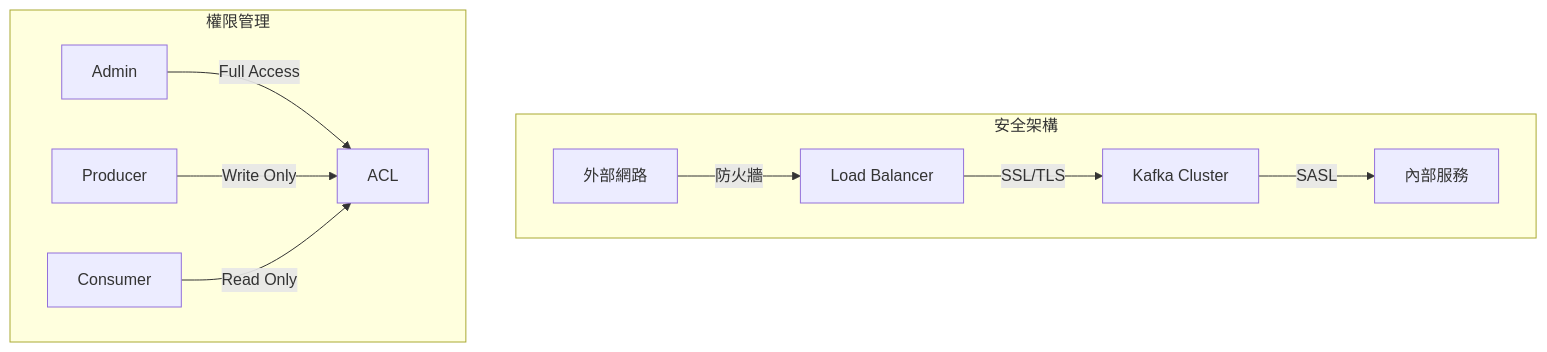
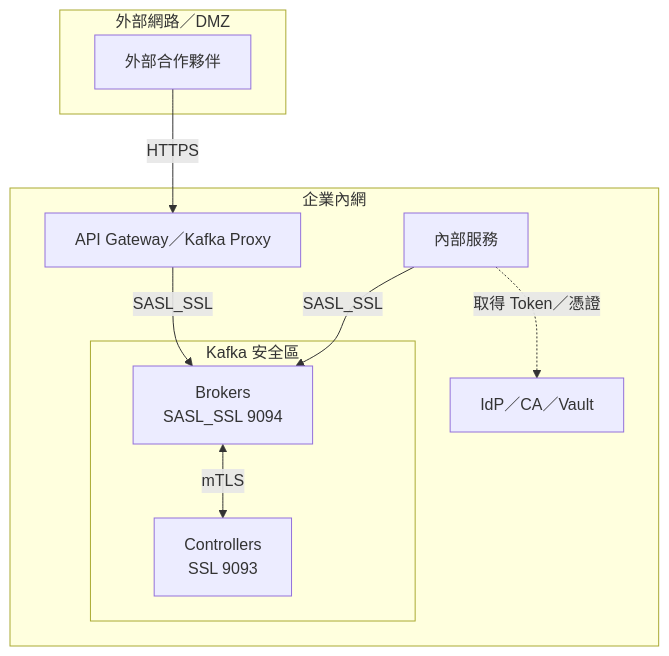
Diagram 27 of 29 in content/posts/教學/工具/Kafka教學手冊.md (chihhung/Blog), drawn with Mermaid before and after one commit. The commit also changed other lines of this file and 10 other files, not shown here.

````diff
--- a/content/posts/教學/工具/Kafka教學手冊.md
+++ b/content/posts/教學/工具/Kafka教學手冊.md
@@ -2055,14 +4258,20 @@
 ```mermaid
 flowchart TB
-    subgraph 安全架構
-        EXT[外部網路] -->|防火牆| LB[Load Balancer]
-        LB -->|SSL/TLS| KAFKA[Kafka Cluster]
-        KAFKA -->|SASL| INT[內部服務]
+    subgraph 外部區[外部網路／DMZ]
+        EXT[外部合作夥伴]
     end
-    
-    subgraph 權限管理
-        ADMIN[Admin] -->|Full Access| ACL[ACL]
-        PROD[Producer] -->|Write Only| ACL
-        CONS[Consumer] -->|Read Only| ACL
+    subgraph 內網[企業內網]
+        GW[API Gateway／Kafka Proxy]
+        subgraph KZ[Kafka 安全區]
+            B[Brokers<br/>SASL_SSL 9094]
+            C[Controllers<br/>SSL 9093]
+        end
+        APP[內部服務]
+        IDP[IdP／CA／Vault]
     end
+    EXT -->|HTTPS| GW
+    GW -->|SASL_SSL| B
+    APP -->|SASL_SSL| B
+    B <-->|mTLS| C
+    APP -.->|取得 Token／憑證| IDP
 ```
````
